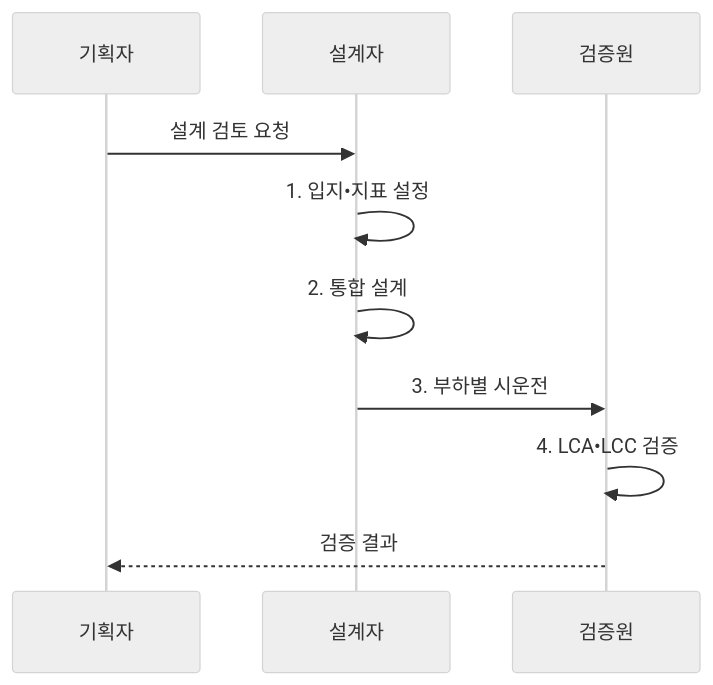
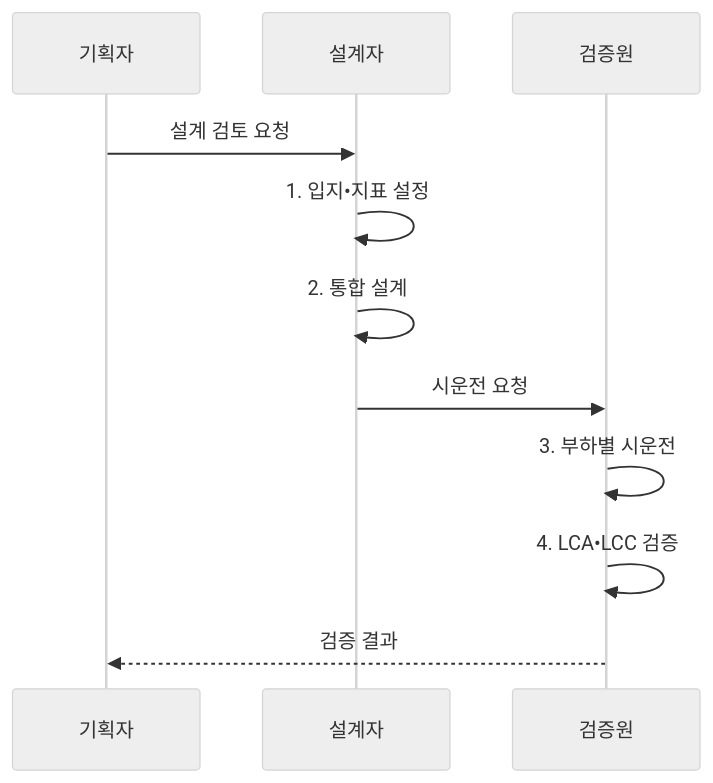
Before and after one commit to agnusdei1207/knowledge-base: the second of 2 diagrams in src/content/docs/notes/06-evaluation/041_green_datacenter_design.md, drawn with Mermaid (neutral theme). The commit also changed other lines of this file and 11 other files, not shown here.

````diff
--- a/src/content/docs/notes/06-evaluation/041_green_datacenter_design.md
+++ b/src/content/docs/notes/06-evaluation/041_green_datacenter_design.md
@@ -104,12 +104,13 @@
 ```mermaid
 sequenceDiagram
-    participant P as 기획자
-    participant A as 설계자
-    participant V as 검증원
-    P->>A: 설계 검토 요청
-    A->>A: 1. 입지•지표 설정
-    A->>A: 2. 통합 설계
-    A->>V: 3. 부하별 시운전
-    V->>V: 4. LCA•LCC 검증
-    V-->>P: 검증 결과
+  participant P as 기획자
+  participant A as 설계자
+  participant V as 검증원
+  P->>A: 설계 검토 요청
+  A->>A: 1. 입지•지표 설정
+  A->>A: 2. 통합 설계
+  A->>V: 시운전 요청
+  V->>V: 3. 부하별 시운전
+  V->>V: 4. LCA•LCC 검증
+  V-->>P: 검증 결과
 ```
````
